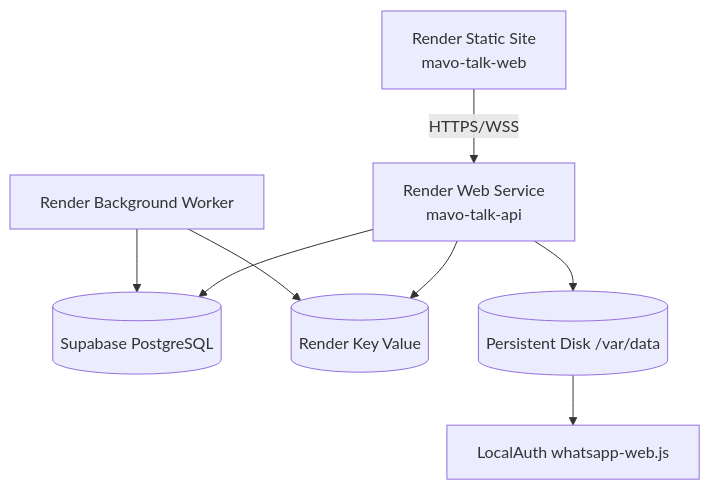
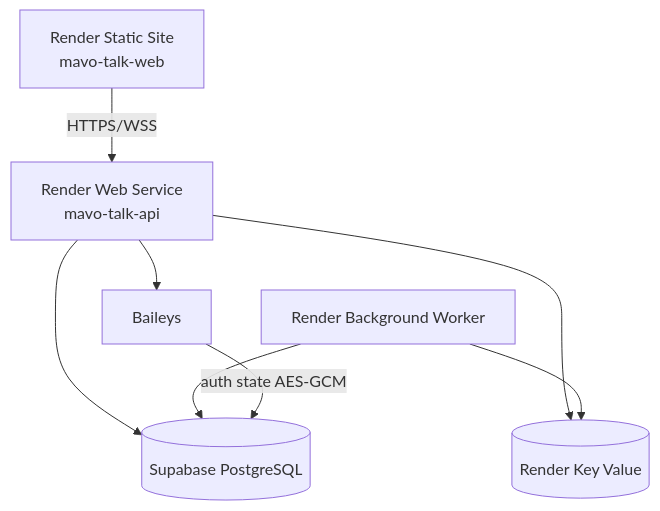
Before and after one commit to willy-henrique/mavotalk-maisvarejo: the diagram in docs/deployment-business-cloud.md, drawn with Mermaid. The commit also changed other lines of this file and 17 other files, not shown here.

````diff
--- a/docs/deployment-business-cloud.md
+++ b/docs/deployment-business-cloud.md
@@ -5,10 +5,10 @@
 ```mermaid
 flowchart TD
   SPA[Render Static Site<br/>mavo-talk-web] -->|HTTPS/WSS| API[Render Web Service<br/>mavo-talk-api]
   API --> SUPA[(Supabase PostgreSQL)]
   API --> KV[(Render Key Value)]
-  API --> DISK[(Persistent Disk /var/data)]
   WORKER[Render Background Worker] --> KV
   WORKER --> SUPA
-  DISK --> WA[LocalAuth whatsapp-web.js]
+  API --> WA[Baileys]
+  WA -->|auth state AES-GCM| SUPA
 ```
````
